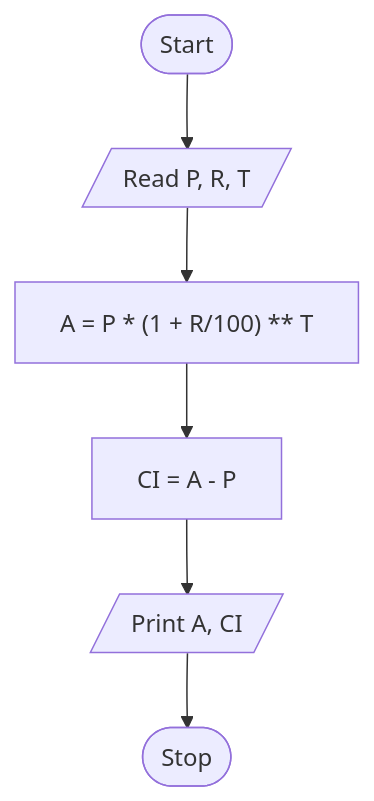
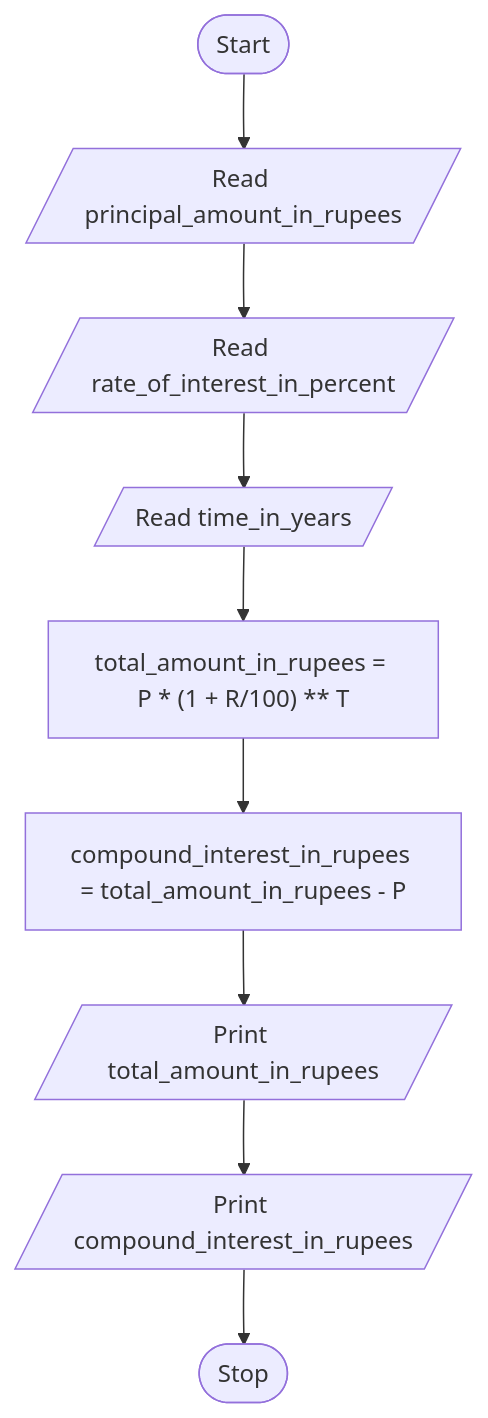
The diagram in .faculty/observations/u1t7ci.md (asvnphanindra/2026-27_PythonProgrammingCourse), drawn with Mermaid before and after one commit. The commit also changed 20 other files, not shown here.

Commit message:
Expand Full-observation flowcharts with step-by-step Mermaid detail.

````diff
--- a/.faculty/observations/u1t7ci.md
+++ b/.faculty/observations/u1t7ci.md
@@ -47,14 +47,13 @@
 ```mermaid
 flowchart TD
-    N0(["Start"])
-    N1[/"Read P, R, T"/]
-    N2["A = P * (1 + R/100) ** T"]
-    N3["CI = A - P"]
-    N4[/"Print A, CI"/]
-    N5(["Stop"])
-    N0 --> N1
-    N1 --> N2
-    N2 --> N3
-    N3 --> N4
-    N4 --> N5
+Start(["Start"])
+R1[/"Read principal_amount_in_rupees"/]
+R2[/"Read rate_of_interest_in_percent"/]
+R3[/"Read time_in_years"/]
+P1["total_amount_in_rupees = P * (1 + R/100) ** T"]
+P2["compound_interest_in_rupees = total_amount_in_rupees - P"]
+O1[/"Print total_amount_in_rupees"/]
+O2[/"Print compound_interest_in_rupees"/]
+Stop(["Stop"])
+Start --> R1 --> R2 --> R3 --> P1 --> P2 --> O1 --> O2 --> Stop
 ```
````
